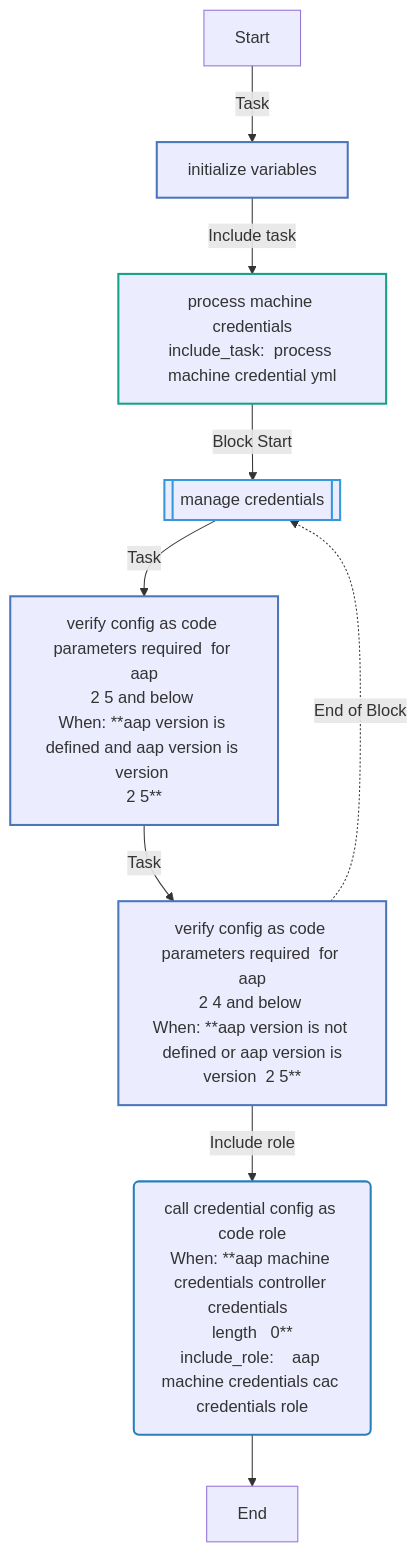
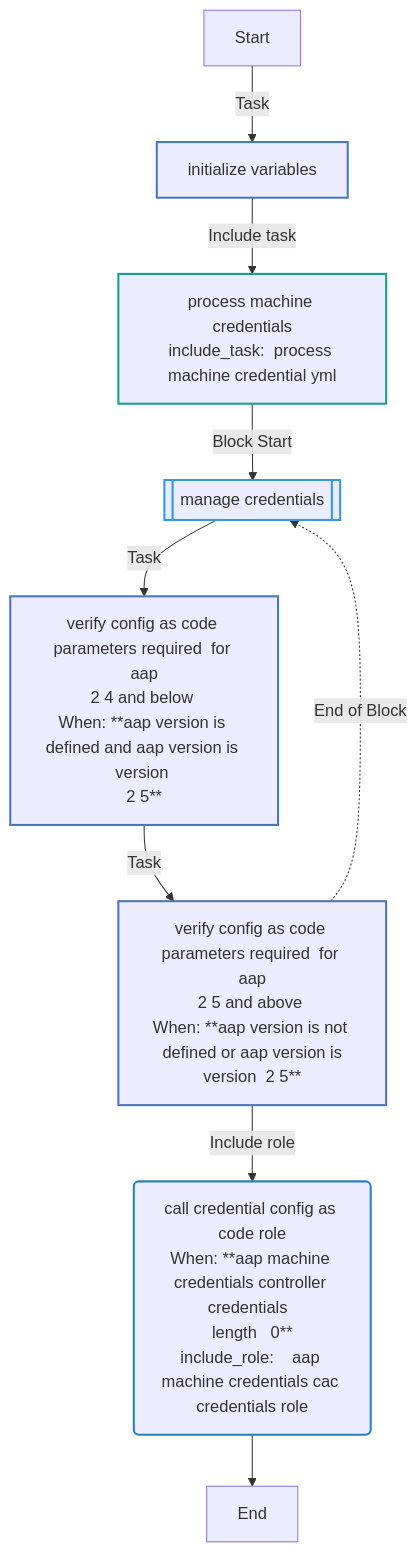
Before and after one commit to stevefulme1/openshift_virtualization_migration: the third of 4 diagrams in roles/aap_machine_credentials/README.md, drawn with Mermaid. The commit also changed other lines of this file and 51 other files, not shown here.

````diff
--- a/roles/aap_machine_credentials/README.md
+++ b/roles/aap_machine_credentials/README.md
@@ -155,21 +157,21 @@
 ```mermaid
 flowchart TD
 Start
 classDef block stroke:#3498db,stroke-width:2px;
 classDef task stroke:#4b76bb,stroke-width:2px;
 classDef includeTasks stroke:#16a085,stroke-width:2px;
 classDef importTasks stroke:#34495e,stroke-width:2px;
 classDef includeRole stroke:#2980b9,stroke-width:2px;
 classDef importRole stroke:#699ba7,stroke-width:2px;
 classDef includeVars stroke:#8e44ad,stroke-width:2px;
 classDef rescue stroke:#665352,stroke-width:2px;
 
   Start-->|Task| Initialize_Variables0[initialize variables]:::task
   Initialize_Variables0-->|Include task| Process_Machine_Credentials__process_machine_credential_yml_1[process machine credentials<br>include_task:  process machine credential yml]:::includeTasks
   Process_Machine_Credentials__process_machine_credential_yml_1-->|Block Start| Manage_Credentials2_block_start_0[[manage credentials]]:::block
-  Manage_Credentials2_block_start_0-->|Task| Verify_Config_as_Code_parameters_required__for_AAP_2_5_and_below_0[verify config as code parameters required  for aap<br>2 5 and below <br>When: **aap version is defined and aap version is version <br>2 5**]:::task
-  Verify_Config_as_Code_parameters_required__for_AAP_2_5_and_below_0-->|Task| Verify_Config_as_Code_parameters_required__for_AAP_2_4_and_below_1[verify config as code parameters required  for aap<br>2 4 and below <br>When: **aap version is not defined or aap version is<br>version  2 5**]:::task
-  Verify_Config_as_Code_parameters_required__for_AAP_2_4_and_below_1-.->|End of Block| Manage_Credentials2_block_start_0
-  Verify_Config_as_Code_parameters_required__for_AAP_2_4_and_below_1-->|Include role| Call_credential_config_as_code_role____aap_machine_credentials_cac_credentials_role____3(call credential config as code role<br>When: **aap machine credentials controller credentials  <br>length   0**<br>include_role:    aap machine credentials cac credentials role   ):::includeRole
+  Manage_Credentials2_block_start_0-->|Task| Verify_Config_as_Code_parameters_required__for_AAP_2_4_and_below_0[verify config as code parameters required  for aap<br>2 4 and below <br>When: **aap version is defined and aap version is version <br>2 5**]:::task
+  Verify_Config_as_Code_parameters_required__for_AAP_2_4_and_below_0-->|Task| Verify_Config_as_Code_parameters_required__for_AAP_2_5_and_above_1[verify config as code parameters required  for aap<br>2 5 and above <br>When: **aap version is not defined or aap version is<br>version  2 5**]:::task
+  Verify_Config_as_Code_parameters_required__for_AAP_2_5_and_above_1-.->|End of Block| Manage_Credentials2_block_start_0
+  Verify_Config_as_Code_parameters_required__for_AAP_2_5_and_above_1-->|Include role| Call_credential_config_as_code_role____aap_machine_credentials_cac_credentials_role____3(call credential config as code role<br>When: **aap machine credentials controller credentials  <br>length   0**<br>include_role:    aap machine credentials cac credentials role   ):::includeRole
   Call_credential_config_as_code_role____aap_machine_credentials_cac_credentials_role____3-->End
 ```
````
